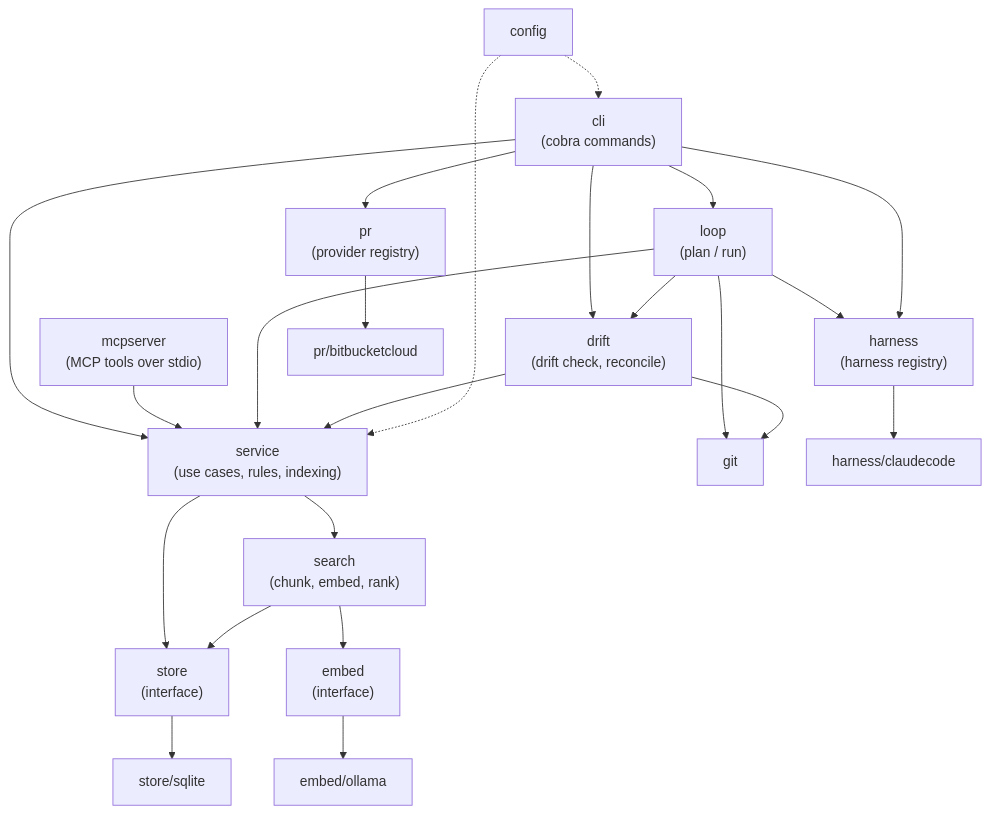
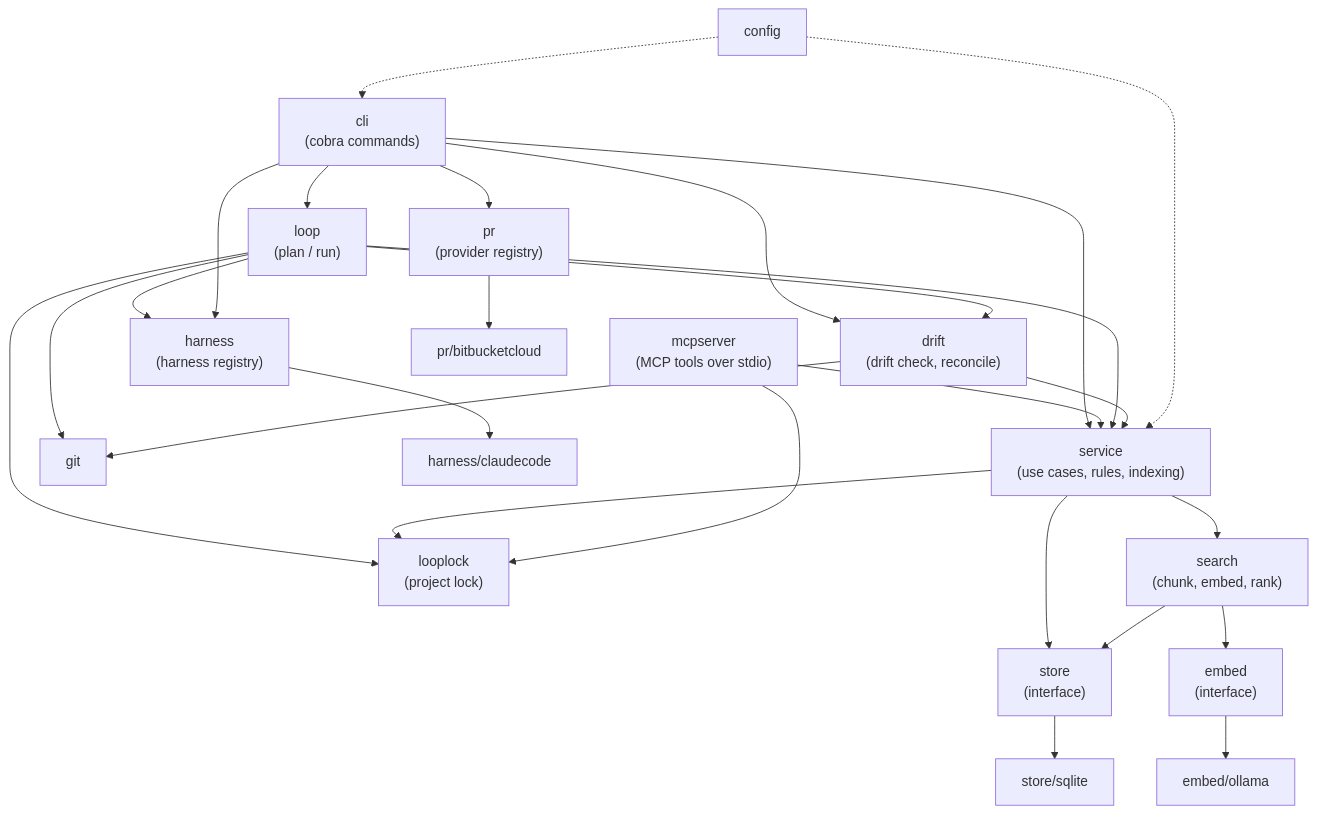
One commit to bengearig/ralph-cli changed the first of 2 diagrams in docs/architecture.md. Above: the diagram before and after it, drawn with Mermaid. The commit also changed other lines of this file and 9 other files, not shown here.

````diff
--- a/docs/architecture.md
+++ b/docs/architecture.md
@@ -7,25 +7,28 @@
 ```mermaid
 flowchart TD
     CLI["cli<br/>(cobra commands)"] --> SVC
     MCP["mcpserver<br/>(MCP tools over stdio)"] --> SVC
     LOOP["loop<br/>(plan / run)"] --> SVC
     LOOP --> H
     LOOP --> GIT["git"]
+    LOOP --> LL["looplock<br/>(project lock)"]
+    SVC --> LL
+    MCP --> LL
     CLI --> LOOP
     CLI --> DRIFT["drift<br/>(drift check, reconcile)"]
     LOOP --> DRIFT
     DRIFT --> SVC
     DRIFT --> GIT
     CLI --> PR["pr<br/>(provider registry)"]
     CLI --> H["harness<br/>(harness registry)"]
     SVC["service<br/>(use cases, rules, indexing)"] --> ST["store<br/>(interface)"]
     SVC --> SR["search<br/>(chunk, embed, rank)"]
     SR --> ST
     SR --> EM["embed<br/>(interface)"]
     ST --> SQL["store/sqlite"]
     EM --> OL["embed/ollama"]
     H --> CC["harness/claudecode"]
     PR --> BB["pr/bitbucketcloud"]
     CFG["config"] -.-> CLI
     CFG -.-> SVC
 ```
````
